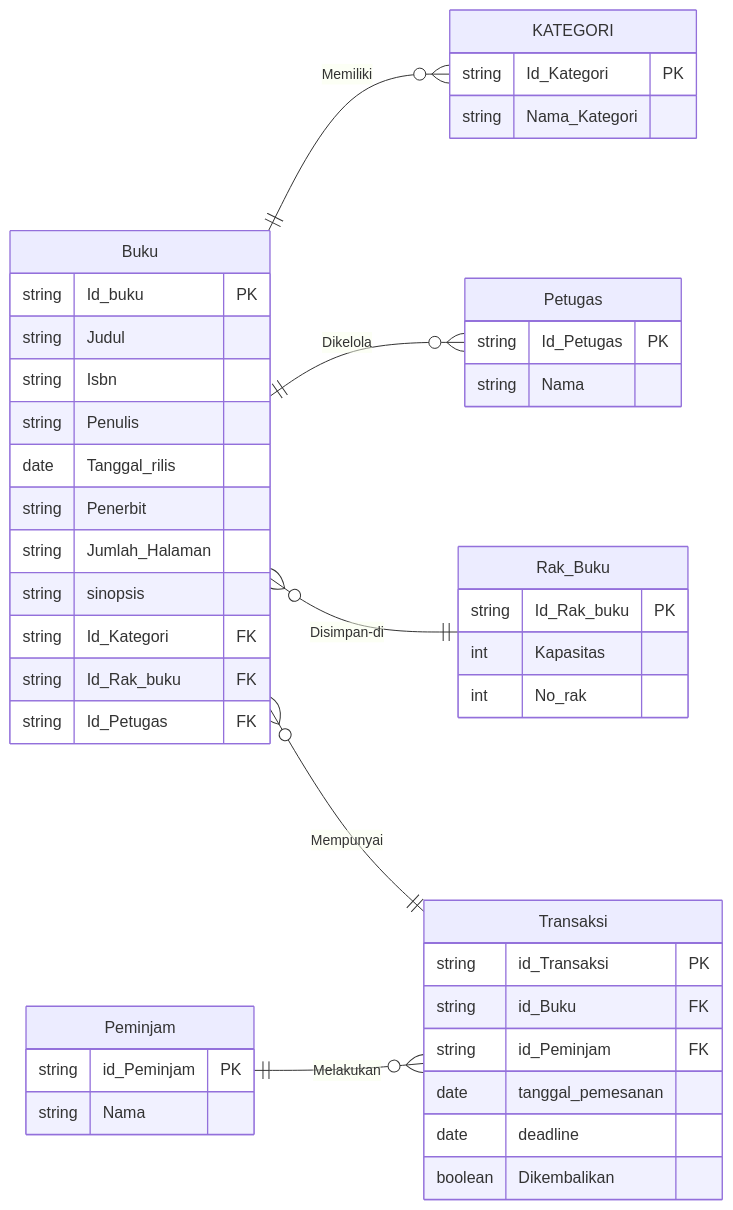
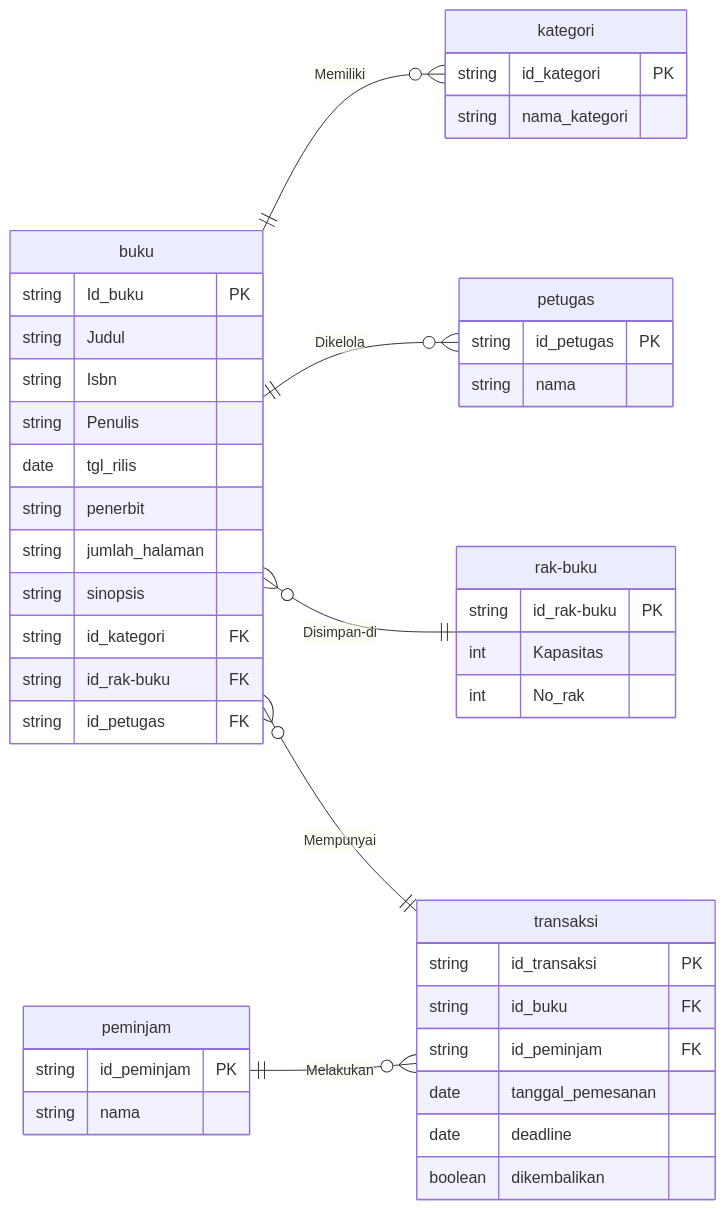
The diagram in readme.md (HN721/fgo24-db-erd), drawn with Mermaid before and after one commit.

Commit message:
docs: fix fon to lowercase

````diff
--- a/readme.md
+++ b/readme.md
@@ -5,56 +5,56 @@
 ```mermaid
 
 erDiagram
 direction LR
-    Buku  ||--o{ KATEGORI : Memiliki
-    Buku ||--o{ Petugas : Dikelola
-    Buku }o--||Rak_Buku: Disimpan-di
-    Buku }o--|| Transaksi : Mempunyai
-    Peminjam||--o{Transaksi : Melakukan
+    buku  ||--o{ kategori : Memiliki
+    buku ||--o{ petugas : Dikelola
+    buku }o--||rak-buku: Disimpan-di
+    buku }o--|| transaksi : Mempunyai
+    peminjam||--o{transaksi : Melakukan
 
 
-    Buku {
+    buku {
         string Id_buku PK
         string Judul
         string Isbn
         string Penulis
-        date Tanggal_rilis
-        string Penerbit
-        string Jumlah_Halaman
+        date tgl_rilis
+        string penerbit
+        string jumlah_halaman
         string sinopsis
-        string Id_Kategori FK
-        string Id_Rak_buku FK
-        string Id_Petugas FK
+        string id_kategori FK
+        string id_rak-buku FK
+        string id_petugas FK
     }
-    KATEGORI
-    KATEGORI {
-        string Id_Kategori PK
-        string Nama_Kategori
+    kategori
+    kategori {
+        string id_kategori PK
+        string nama_kategori
     }
-    Rak_Buku {
-        string Id_Rak_buku PK
+    rak-buku {
+        string id_rak-buku PK
         int Kapasitas
         int No_rak
 
     }
-    Petugas {
-        string Id_Petugas PK
-        string Nama
+    petugas {
+        string id_petugas PK
+        string nama
     }
-    Peminjam{
-        string id_Peminjam PK
-        string Nama
+    peminjam{
+        string id_peminjam PK
+        string nama
     }
 
-    Transaksi{
-        string id_Transaksi PK
-        string id_Buku FK
-        string id_Peminjam FK
+    transaksi{
+        string id_transaksi PK
+        string id_buku FK
+        string id_peminjam FK
         date tanggal_pemesanan
         date deadline
-        boolean Dikembalikan
+        boolean dikembalikan
 
 
     }
 
 ```
````
